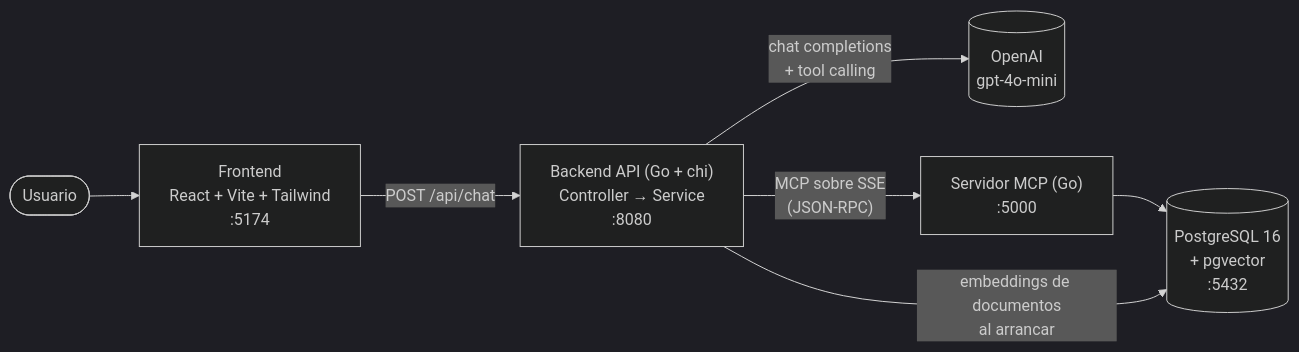
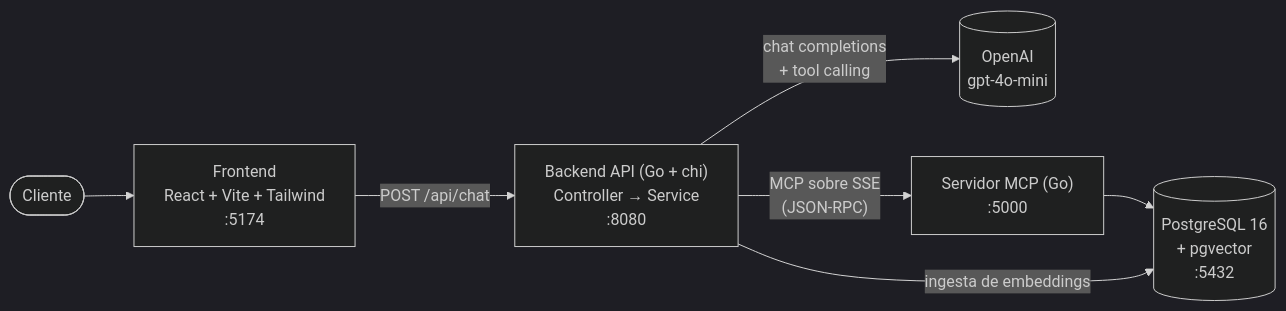
The first of 2 diagrams in README.md (DiegoAll/tech-store-assistant), drawn with Mermaid (dark theme) before and after one commit. The commit also changed other lines of this file, not shown here.

Commit message:
docs: rewrite README with professional overview and architecture

````diff
--- a/README.md
+++ b/README.md
@@ -41,9 +22,9 @@
 ```mermaid
 flowchart LR
-    U([Usuario]) --> F["Frontend<br/>React + Vite + Tailwind<br/>:5174"]
+    U([Cliente]) --> F["Frontend<br/>React + Vite + Tailwind<br/>:5174"]
     F -->|"POST /api/chat"| B["Backend API (Go + chi)<br/>Controller → Service<br/>:8080"]
     B -->|"chat completions<br/>+ tool calling"| O[("OpenAI<br/>gpt-4o-mini")]
     B -->|"MCP sobre SSE<br/>(JSON-RPC)"| M["Servidor MCP (Go)<br/>:5000"]
     M --> P[("PostgreSQL 16<br/>+ pgvector<br/>:5432")]
-    B -->|"embeddings de documentos<br/>al arrancar"| P
+    B -->|"ingesta de embeddings"| P
 ```
````
